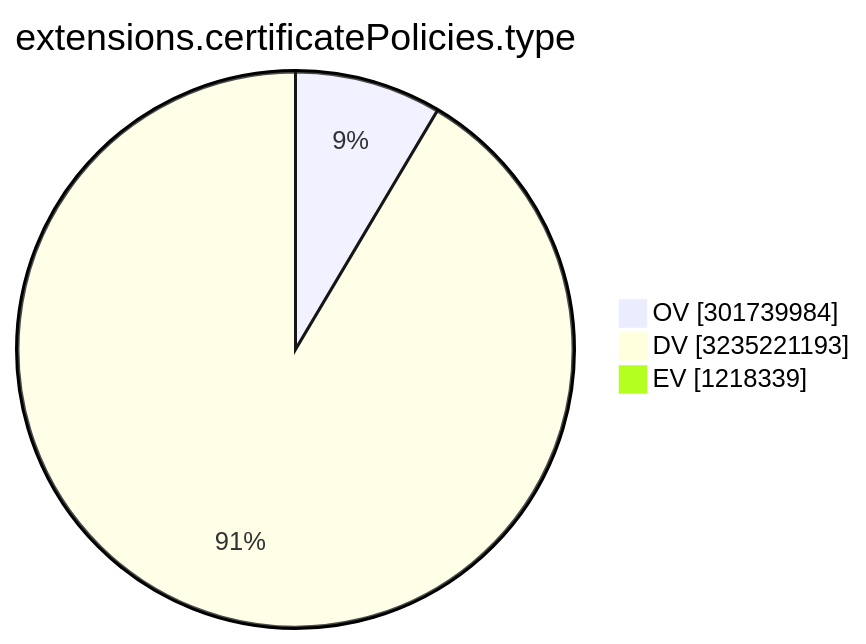
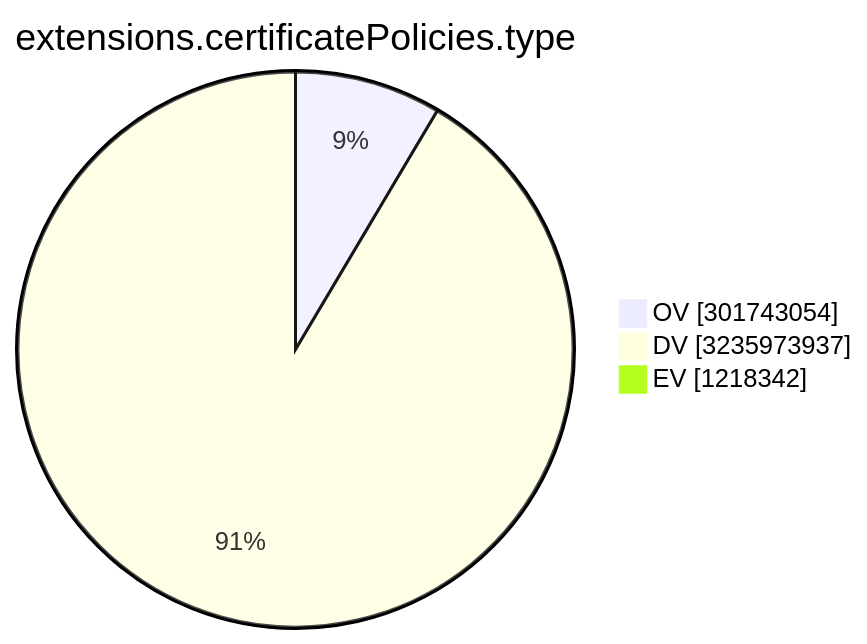
The ninth of 15 diagrams in TOTAL/README.md (christiankrug/ctmonitor_visualization), drawn with Mermaid before and after one commit. The commit also changed other lines of this file, not shown here.

````diff
--- a/TOTAL/README.md
+++ b/TOTAL/README.md
@@ -3107,7 +3107,7 @@
 ```mermaid
 pie showData
 title extensions.certificatePolicies.type
-"OV" :301739984
-"DV" :3235221193
-"EV" :1218339
+"OV" :301743054
+"DV" :3235973937
+"EV" :1218342
 ```
````
